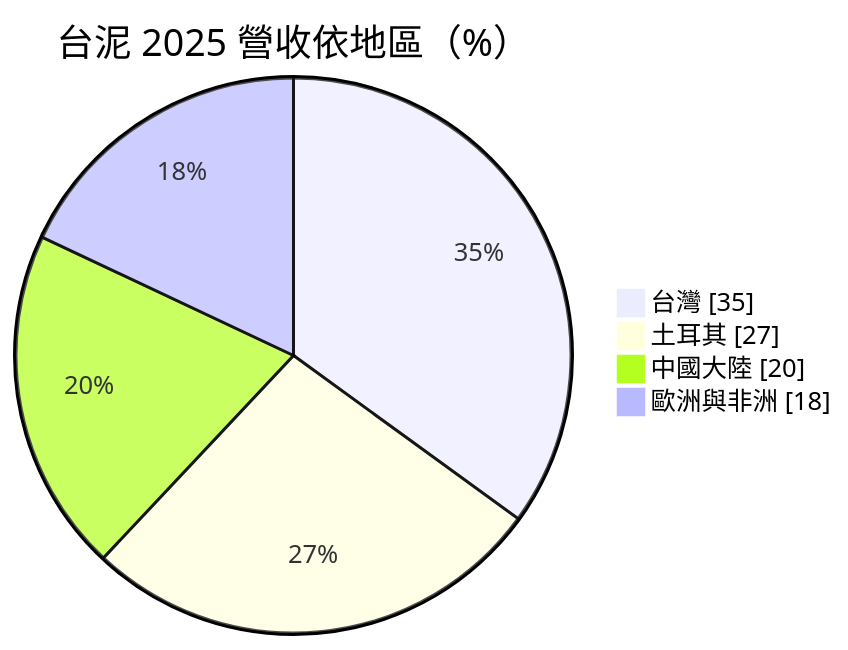
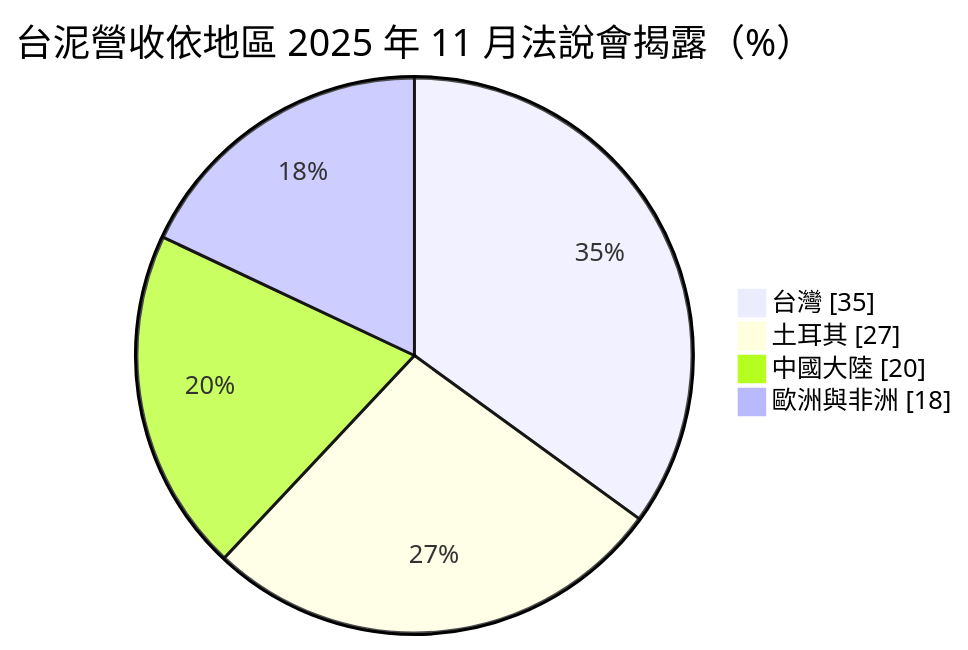
Before and after one commit to wangnick1004/taiwan-stock-vault: the first of 4 diagrams in 個股/台股/1101台泥.md, drawn with Mermaid. The commit also changed other lines of this file and 27 other files, not shown here.

````diff
--- a/個股/台股/1101台泥.md
+++ b/個股/台股/1101台泥.md
@@ -52,8 +53,8 @@
 ```mermaid
 pie showData
-    title 台泥 2025 營收依地區（%）
+    title 台泥營收依地區 2025 年 11 月法說會揭露（%）
     "台灣" : 35
     "土耳其" : 27
     "中國大陸" : 20
     "歐洲與非洲" : 18
 ```
````
